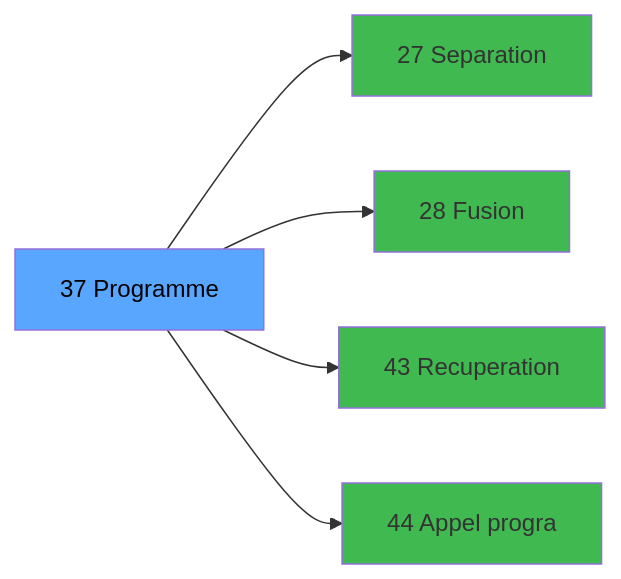
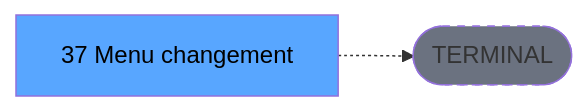
The third of 3 diagrams in .openspec/specs/ADH-IDE-37.md (thonyAGP/lecteur-magic), drawn with Mermaid before and after one commit. The commit also changed other lines of this file and 701 other files, not shown here.

````diff
--- a/.openspec/specs/ADH-IDE-37.md
+++ b/.openspec/specs/ADH-IDE-37.md
@@ -133,17 +134,8 @@
 ```mermaid
 graph LR
-    T[37 Programme]
-    C27[27 Separation]
-    T --> C27
-    C28[28 Fusion]
-    T --> C28
-    C43[43 Recuperation]
-    T --> C43
-    C44[44 Appel progra]
-    T --> C44
+    T[37 Menu changement]
+    TERM([TERMINAL])
+    T -.-> TERM
+    style TERM fill:#6b7280,stroke-dasharray: 5 5
     style T fill:#58a6ff,color:#000
-    style C27 fill:#3fb950
-    style C28 fill:#3fb950
-    style C43 fill:#3fb950
-    style C44 fill:#3fb950
 ```
````
